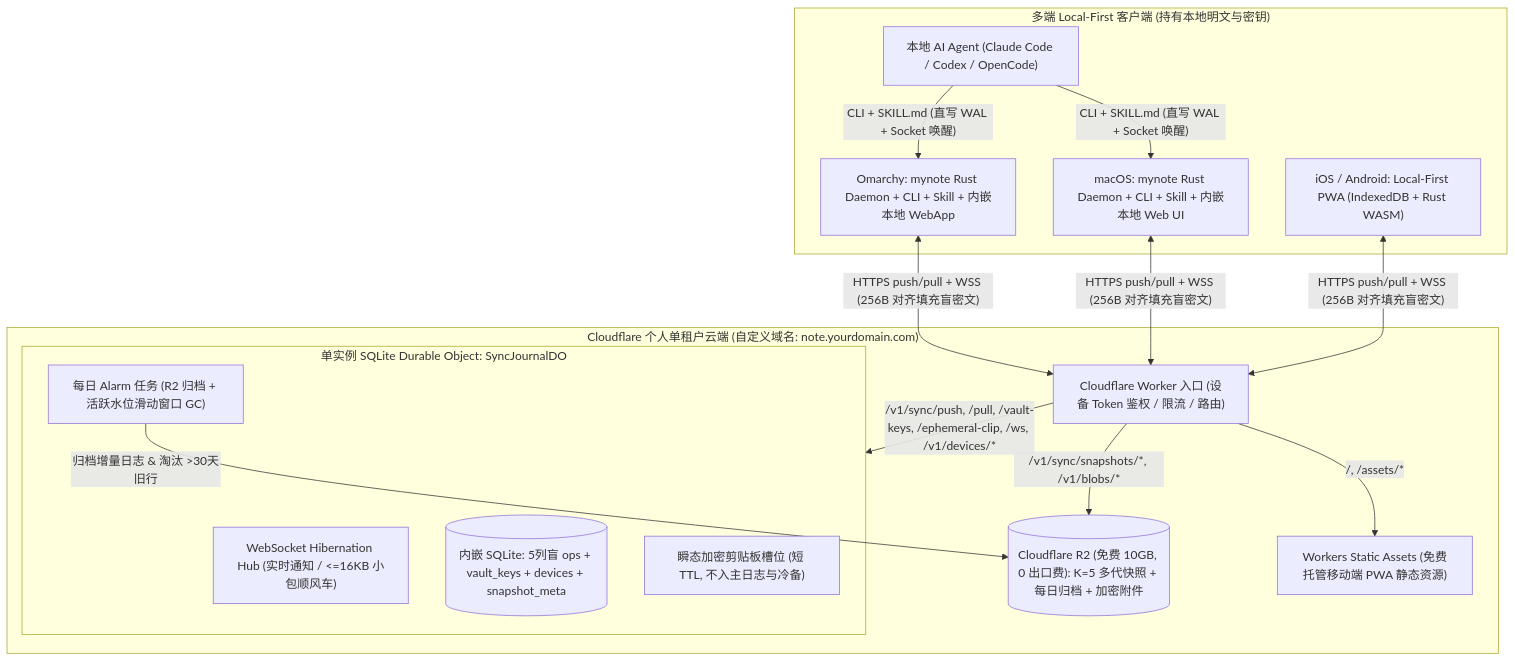
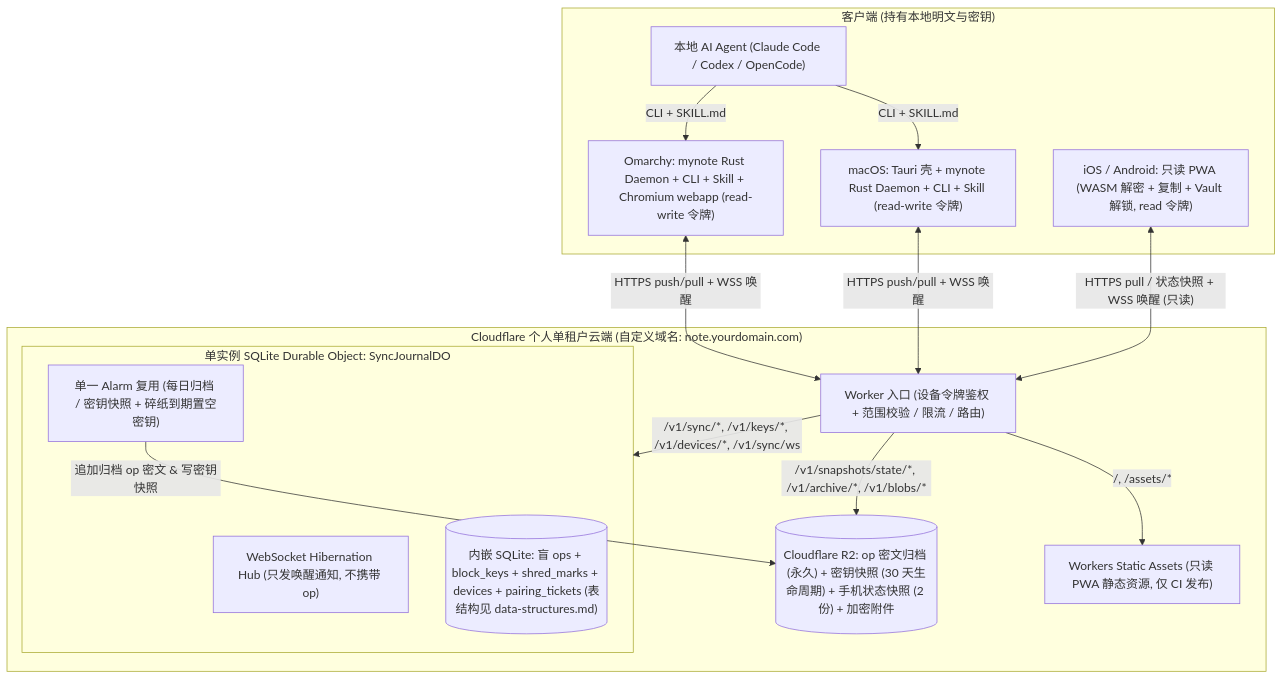
The diagram in docs/cloudflare-cloud-architecture.md (gray0128/my-note), drawn with Mermaid before and after one commit. The commit also changed other lines of this file and 14 other files, not shown here.

First line of the commit message:
docs: sync review decisions D1–D7 (incl. D2′) into specs; archive Plane B eval assets

````diff
--- a/docs/cloudflare-cloud-architecture.md
+++ b/docs/cloudflare-cloud-architecture.md
@@ -60,34 +66,33 @@
 ```mermaid
 flowchart TD
-    subgraph Clients["多端 Local-First 客户端 (持有本地明文与密钥)"]
-        Mac["macOS: mynote Rust Daemon + CLI + Skill + 内嵌本地 Web UI"]
-        Linux["Omarchy: mynote Rust Daemon + CLI + Skill + 内嵌本地 WebApp"]
-        Phone["iOS / Android: Local-First PWA (IndexedDB + Rust WASM)"]
+    subgraph Clients["客户端 (持有本地明文与密钥)"]
+        Mac["macOS: Tauri 壳 + mynote Rust Daemon + CLI + Skill (read-write 令牌)"]
+        Linux["Omarchy: mynote Rust Daemon + CLI + Skill + Chromium webapp (read-write 令牌)"]
+        Phone["iOS / Android: 只读 PWA (WASM 解密 + 复制 + Vault 解锁, read 令牌)"]
         Agent["本地 AI Agent (Claude Code / Codex / OpenCode)"]
-        Agent -->|"CLI + SKILL.md (直写 WAL + Socket 唤醒)"| Mac
-        Agent -->|"CLI + SKILL.md (直写 WAL + Socket 唤醒)"| Linux
+        Agent -->|"CLI + SKILL.md"| Mac
+        Agent -->|"CLI + SKILL.md"| Linux
     end
 
     subgraph CF["Cloudflare 个人单租户云端 (自定义域名: note.yourdomain.com)"]
-        Edge["Cloudflare Worker 入口 (设备 Token 鉴权 / 限流 / 路由)"]
-        Assets["Workers Static Assets (免费托管移动端 PWA 静态资源)"]
+        Edge["Worker 入口 (设备令牌鉴权 + 范围校验 / 限流 / 路由)"]
+        Assets["Workers Static Assets (只读 PWA 静态资源, 仅 CI 发布)"]
 
         subgraph DO_Box["单实例 SQLite Durable Object: SyncJournalDO"]
-            WS["WebSocket Hibernation Hub (实时通知 / <=16KB 小包顺风车)"]
-            SQL[("内嵌 SQLite: 5列盲 ops + vault_keys + devices + snapshot_meta")]
-            Clip["瞬态加密剪贴板槽位 (短 TTL, 不入主日志与冷备)"]
-            Alarm["每日 Alarm 任务 (R2 归档 + 活跃水位滑动窗口 GC)"]
+            WS["WebSocket Hibernation Hub (只发唤醒通知, 不携带 op)"]
+            SQL[("内嵌 SQLite: 盲 ops + block_keys + shred_marks + devices + pairing_tickets (表结构见 data-structures.md)")]
+            Alarm["单一 Alarm 复用 (每日归档 / 密钥快照 + 碎纸到期置空密钥)"]
         end
 
-        R2[("Cloudflare R2 (免费 10GB, 0 出口费): K=5 多代快照 + 每日归档 + 加密附件")]
+        R2[("Cloudflare R2: op 密文归档 (永久) + 密钥快照 (30 天生命周期) + 手机状态快照 (2 份) + 加密附件")]
 
         Edge -->|"/, /assets/*"| Assets
-        Edge -->|"/v1/sync/push, /pull, /vault-keys, /ephemeral-clip, /ws, /v1/devices/*"| DO_Box
-        Edge -->|"/v1/sync/snapshots/*, /v1/blobs/*"| R2
-        Alarm -->|"归档增量日志 & 淘汰 >30天旧行"| R2
+        Edge -->|"/v1/sync/*, /v1/keys/*, /v1/devices/*, /v1/sync/ws"| DO_Box
+        Edge -->|"/v1/snapshots/state/*, /v1/archive/*, /v1/blobs/*"| R2
+        Alarm -->|"追加归档 op 密文 & 写密钥快照"| R2
     end
 
-    Mac <-->|"HTTPS push/pull + WSS (256B 对齐填充盲密文)"| Edge
-    Linux <-->|"HTTPS push/pull + WSS (256B 对齐填充盲密文)"| Edge
-    Phone <-->|"HTTPS push/pull + WSS (256B 对齐填充盲密文)"| Edge
+    Mac <-->|"HTTPS push/pull + WSS 唤醒"| Edge
+    Linux <-->|"HTTPS push/pull + WSS 唤醒"| Edge
+    Phone <-->|"HTTPS pull / 状态快照 + WSS 唤醒 (只读)"| Edge
 ```
````
